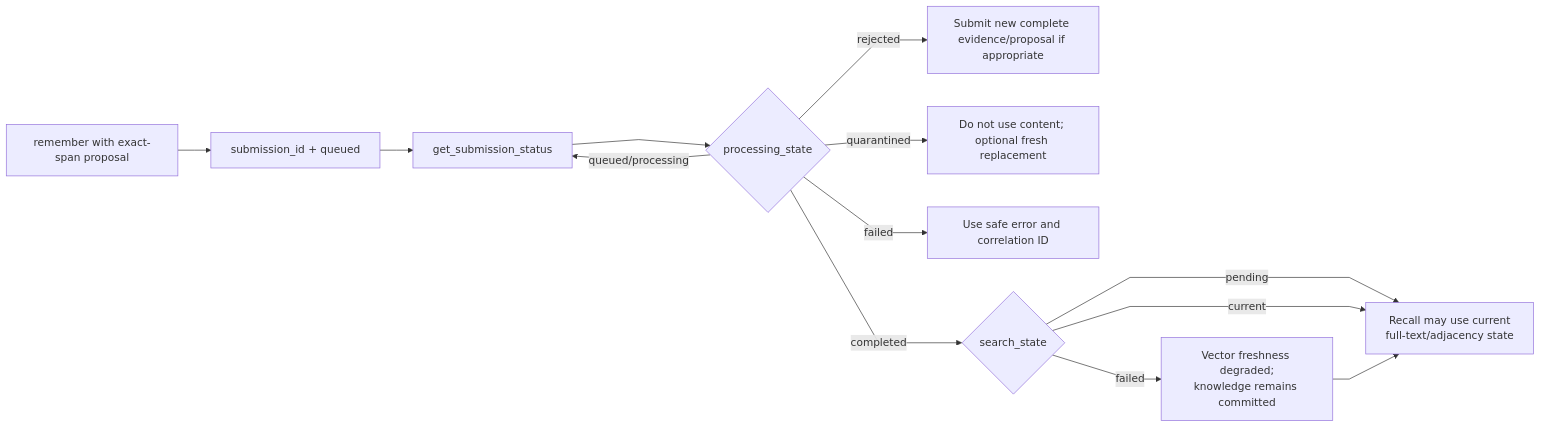
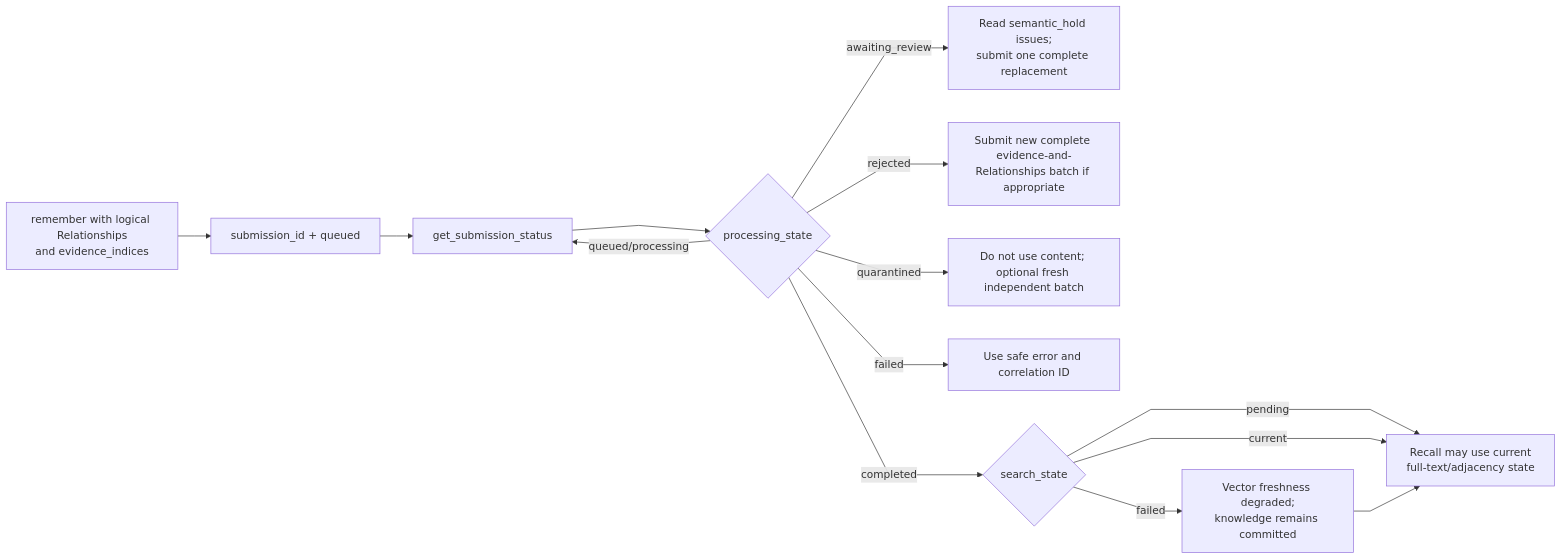
Before and after one commit to markhuangai/dense-mem: the second of 2 diagrams in Quick-Start.md, drawn with Mermaid. The commit also changed other lines of this file and 24 other files, not shown here.

````diff
--- a/Quick-Start.md
+++ b/Quick-Start.md
@@ -181,16 +182,17 @@
 ```mermaid
 %%{init: {"flowchart": {"curve": "linear"}}}%%
 flowchart LR
-  Ask["remember with exact-span proposal"] --> Intake["submission_id + queued"]
+  Ask["remember with logical Relationships<br/>and evidence_indices"] --> Intake["submission_id + queued"]
   Intake --> Poll["get_submission_status"]
   Poll --> State{"processing_state"}
   State -- queued/processing --> Poll
-  State -- rejected --> New["Submit new complete evidence/proposal if appropriate"]
-  State -- quarantined --> Isolated["Do not use content; optional fresh replacement"]
+  State -- awaiting_review --> Replace["Read semantic_hold issues;<br/>submit one complete replacement"]
+  State -- rejected --> New["Submit new complete evidence-and-Relationships batch if appropriate"]
+  State -- quarantined --> Isolated["Do not use content; optional fresh independent batch"]
   State -- failed --> Diagnose["Use safe error and correlation ID"]
   State -- completed --> Search{"search_state"}
   Search -- pending --> Recall["Recall may use current<br/>full-text/adjacency state"]
   Search -- current --> Recall
   Search -- failed --> Degraded["Vector freshness degraded;<br/>knowledge remains committed"]
   Degraded --> Recall
 ```
````
